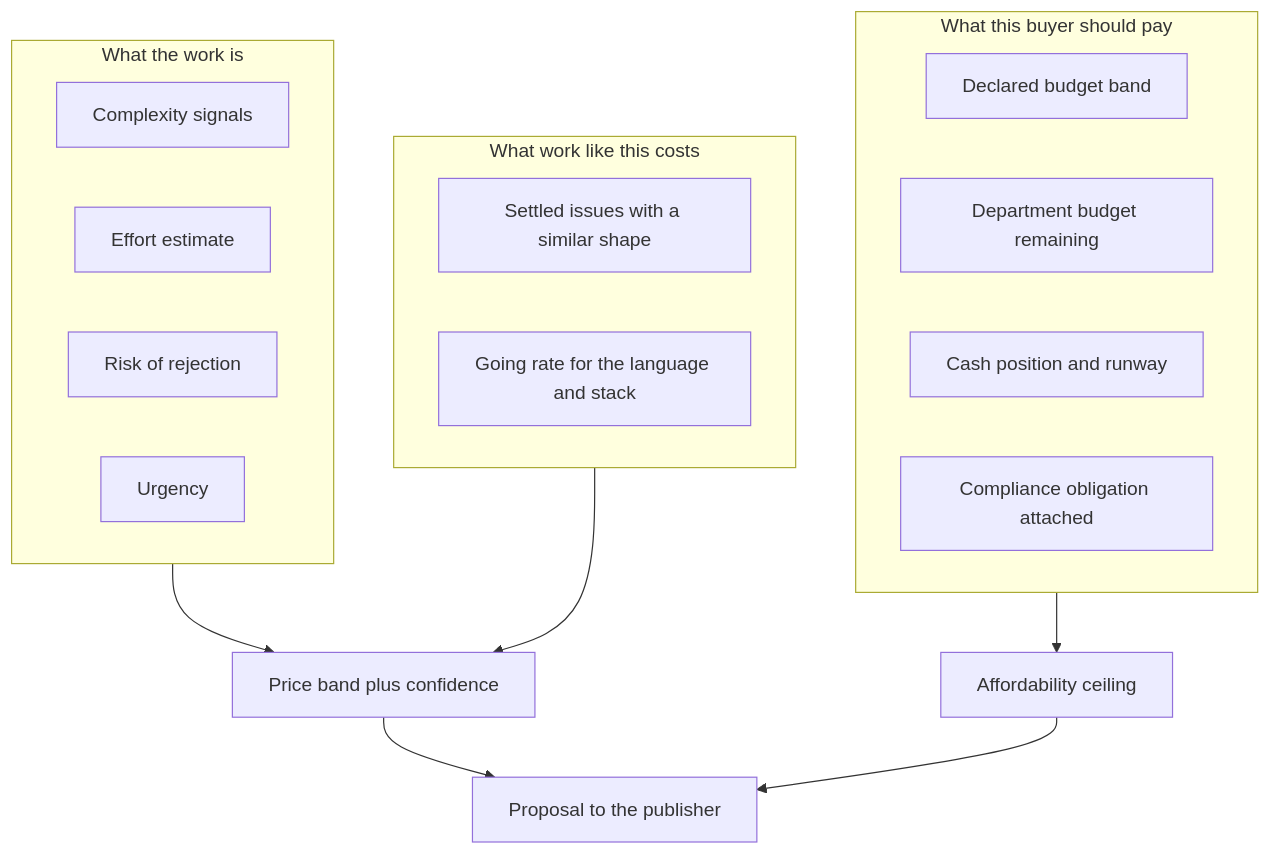
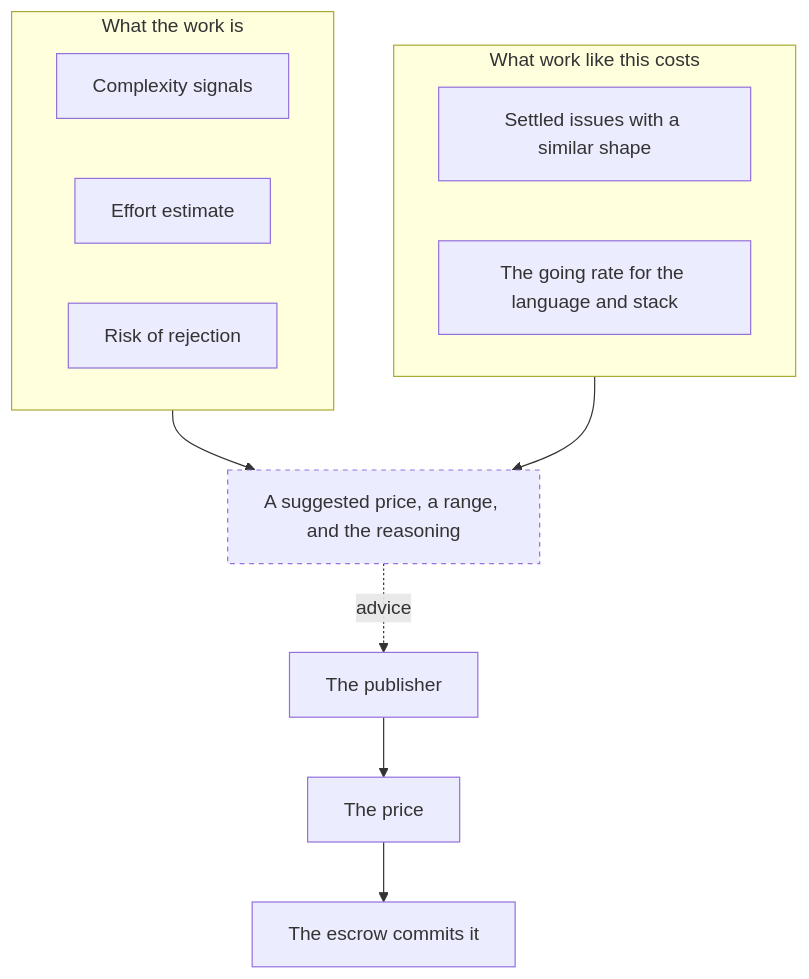
One commit to alienvisitor8675-bit/hackathon-circle-misthos changed the diagram in docs/misthos/06-pricing-engine.md. Above: the diagram before and after it, drawn with Mermaid. The commit also changed other lines of this file and 56 other files, not shown here.

First line of the commit message:
feat(price): let the publisher name the price, and charge a flat 10 percent (#143)

````diff
--- a/docs/misthos/06-pricing-engine.md
+++ b/docs/misthos/06-pricing-engine.md
@@ -37,24 +108,18 @@
 ```mermaid
 flowchart TB
     subgraph Task["What the work is"]
         T1["Complexity signals"]
         T2["Effort estimate"]
         T3["Risk of rejection"]
-        T4["Urgency"]
     end
     subgraph Market["What work like this costs"]
         M1["Settled issues with a similar shape"]
-        M2["Going rate for the language and stack"]
+        M2["The going rate for the language and stack"]
     end
-    subgraph Buyer["What this buyer should pay"]
-        B1["Declared budget band"]
-        B2["Department budget remaining"]
-        B3["Cash position and runway"]
-        B4["Compliance obligation attached"]
-    end
-    Task --> BAND["Price band plus confidence"]
-    Market --> BAND
-    Buyer --> CEIL["Affordability ceiling"]
-    BAND --> OUT["Proposal to the publisher"]
-    CEIL --> OUT
+    Task --> OUT["A suggested price, a range, and the reasoning"]
+    Market --> OUT
+    PUB["The publisher"] --> PRICE["The price"]
+    OUT -.->|"advice"| PUB
+    PRICE --> ESCROW["The escrow commits it"]
+    style OUT stroke-dasharray: 4 4
 ```
````
